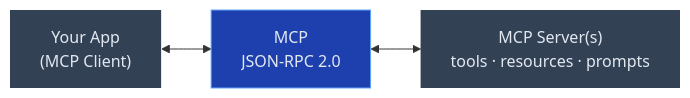
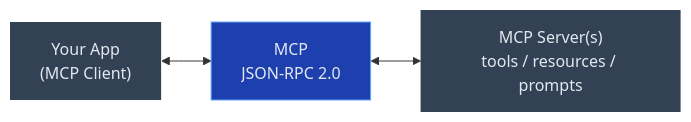
Before and after one commit to parttimenerd/tiny-llm-library-demo: the seventh of 14 diagrams in slides/slides.md, drawn with Mermaid. The commit also changed other lines of this file, not shown here.

````diff
--- a/slides/slides.md
+++ b/slides/slides.md
@@ -1514,12 +1514,12 @@
 ```mermaid {theme: 'dark', scale: 1.2}
 flowchart LR
   app["Your App<br/>(MCP Client)"]
   mcp["MCP<br/>JSON-RPC 2.0"]
-  srv["MCP Server(s)<br/>tools · resources · prompts"]
+  srv["MCP Server(s)<br/>tools / resources / prompts"]
 
   app <--> mcp <--> srv
 
   style mcp fill:#1e40af,color:#e2e8f0,stroke:#60a5fa
   style app fill:#334155,color:#e2e8f0,stroke:none
   style srv fill:#334155,color:#e2e8f0,stroke:none
 ```
````
